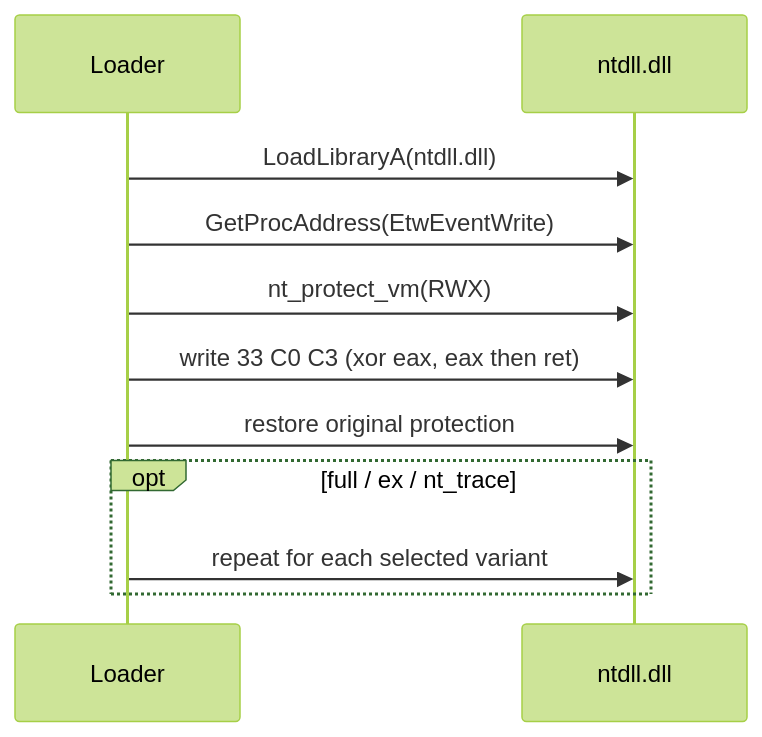
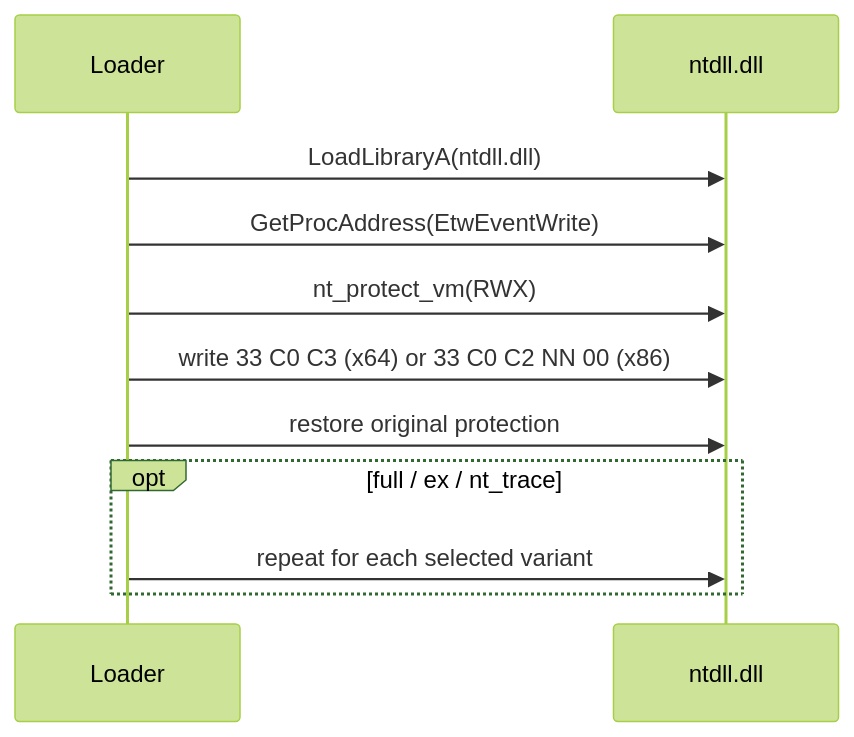
One commit to M3str3/Picaro changed the diagram in src/techniques/patch_etw/README.md. Above: the diagram before and after it, drawn with Mermaid (forest theme). The commit also changed other lines of this file and 115 other files, not shown here.

````diff
--- a/src/techniques/patch_etw/README.md
+++ b/src/techniques/patch_etw/README.md
@@ -38,13 +38,13 @@
 ```mermaid
 sequenceDiagram
     participant L as Loader
     participant N as ntdll.dll
     L->>N: LoadLibraryA(ntdll.dll)
     L->>N: GetProcAddress(EtwEventWrite)
     L->>N: nt_protect_vm(RWX)
-    L->>N: write 33 C0 C3 (xor eax, eax then ret)
+    L->>N: write 33 C0 C3 (x64) or 33 C0 C2 NN 00 (x86)
     L->>N: restore original protection
     opt full / ex / nt_trace
         L->>N: repeat for each selected variant
     end
 ```
````
